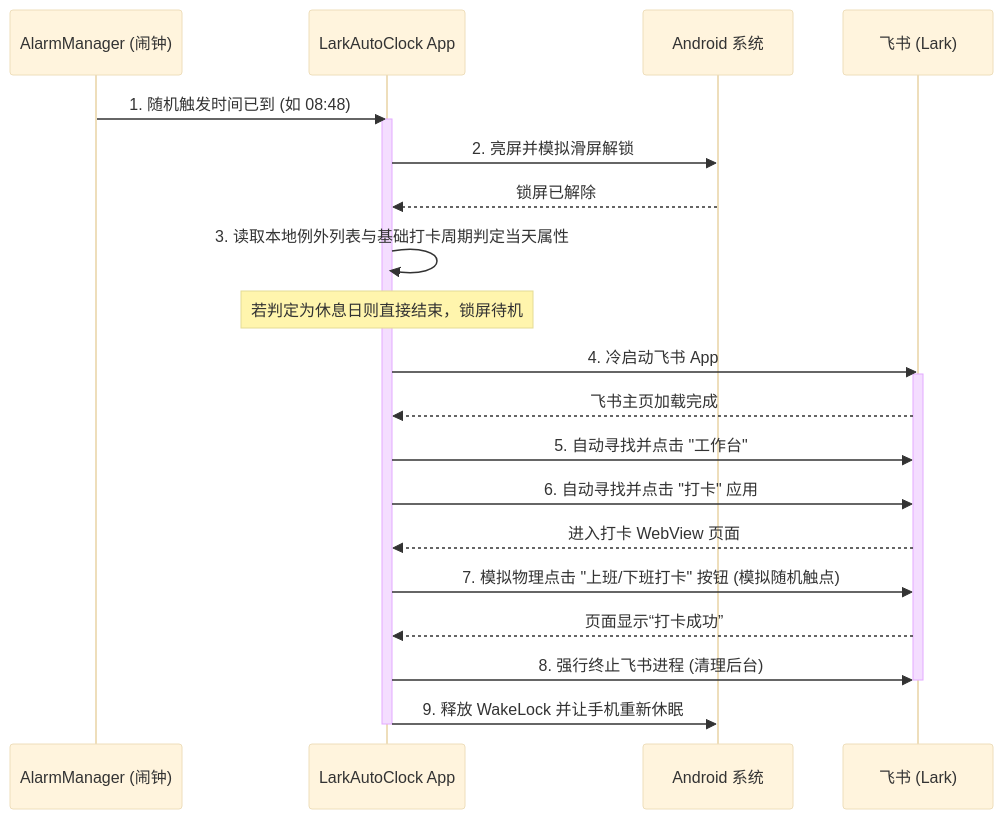
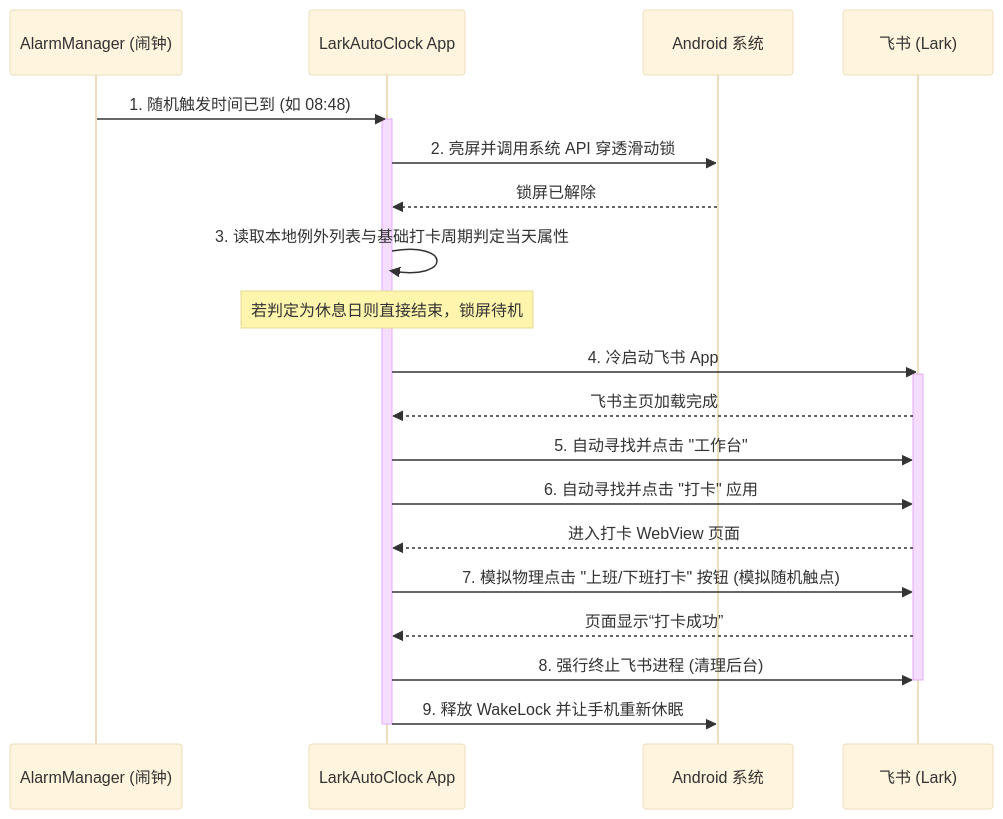
Before and after one commit to wwwtwww/autoDO: the diagram in docs/prd.md, drawn with Mermaid (base theme). The commit also changed other lines of this file, not shown here.

Commit message:
docs(prd): update unlocking mechanism to reflect actual API usage
- Removed the requirement to physically simulate an upward swipe gesture
- Clarified the use of WindowManager flags and KeyguardManager for dismissing the keyguard

````diff
--- a/docs/prd.md
+++ b/docs/prd.md
@@ -80,26 +80,26 @@
 ```mermaid
 sequenceDiagram
     participant S as AlarmManager (闹钟)
     participant A as LarkAutoClock App
     participant OS as Android 系统
     participant F as 飞书 (Lark)
 
     S->>A: 1. 随机触发时间已到 (如 08:48)
     activate A
-    A->>OS: 2. 亮屏并模拟滑屏解锁
+    A->>OS: 2. 亮屏并调用系统 API 穿透滑动锁
     OS-->>A: 锁屏已解除
     A->>A: 3. 读取本地例外列表与基础打卡周期判定当天属性
     Note over A: 若判定为休息日则直接结束，锁屏待机
     A->>F: 4. 冷启动飞书 App
     activate F
     F-->>A: 飞书主页加载完成
     A->>F: 5. 自动寻找并点击 "工作台"
     A->>F: 6. 自动寻找并点击 "打卡" 应用
     F-->>A: 进入打卡 WebView 页面
     A->>F: 7. 模拟物理点击 "上班/下班打卡" 按钮 (模拟随机触点)
     F-->>A: 页面显示“打卡成功”
     A->>F: 8. 强行终止飞书进程 (清理后台)
     deactivate F
     A->>OS: 9. 释放 WakeLock 并让手机重新休眠
     deactivate A
 ```
````
